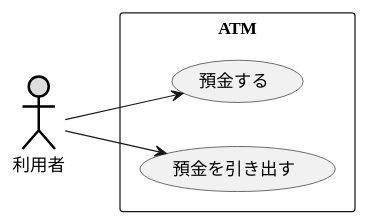
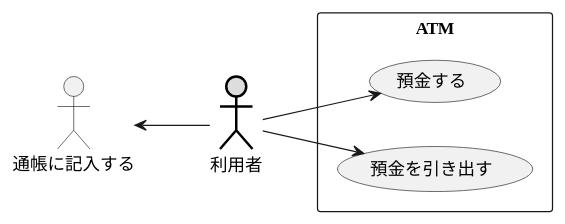
The diagram in 例題1_UC_ATM.pu (koha0516/uml-introduction), drawn with PlantUML before and after one commit.

Commit message:
例題１を編集

```diff
--- a/例題1_UC_ATM.pu
+++ b/例題1_UC_ATM.pu
@@ -1,10 +1,11 @@
 @startuml 例題1
 left to right direction
 actor 利用者 #DDDDDD;line:black;line.bold;
 rectangle ATM {
 usecase 預金する
 usecase 預金を引き出す
 }
 利用者 --> 預金する
 利用者 --> 預金を引き出す
+通帳に記入する <-- 利用者
 @enduml
```
